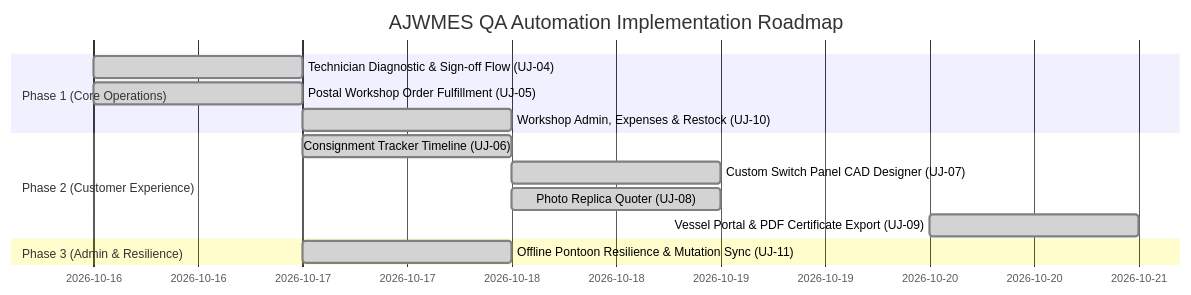
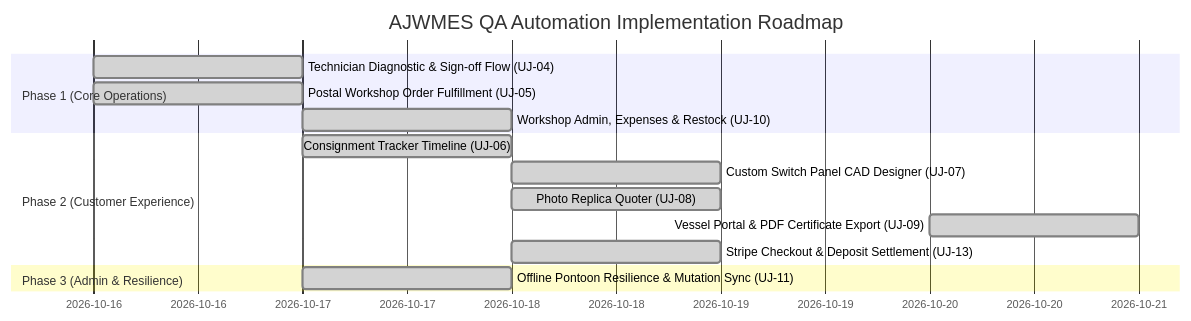
The second of 2 diagrams in docs/E2E_USER_JOURNEYS.md (AnthonyWrather/ajwmes), drawn with Mermaid before and after one commit. The commit also changed other lines of this file and 18 other files, not shown here.

First line of the commit message:
feat(stripe): integrate Stripe payment gateway for hardware checkout and quote deposits

````diff
--- a/docs/E2E_USER_JOURNEYS.md
+++ b/docs/E2E_USER_JOURNEYS.md
@@ -379,16 +411,17 @@
 ```mermaid
 gantt
     title AJWMES QA Automation Implementation Roadmap
     dateFormat  YYYY-MM-DD
     section Phase 1 (Core Operations)
     Technician Diagnostic & Sign-off Flow (UJ-04) :done, 2026-10-16, 1d
     Postal Workshop Order Fulfillment (UJ-05)     :done, 2026-10-16, 1d
     Workshop Admin, Expenses & Restock (UJ-10)    :done, 2026-10-17, 1d
     section Phase 2 (Customer Experience)
     Consignment Tracker Timeline (UJ-06)          :done, 2026-10-17, 1d
     Custom Switch Panel CAD Designer (UJ-07)      :done, 2026-10-18, 1d
     Photo Replica Quoter (UJ-08)                  :done, 2026-10-18, 1d
     Vessel Portal & PDF Certificate Export (UJ-09):done, 2026-10-20, 1d
+    Stripe Checkout & Deposit Settlement (UJ-13)  :done, 2026-10-18, 1d
     section Phase 3 (Admin & Resilience)
     Offline Pontoon Resilience & Mutation Sync (UJ-11):done, 2026-10-17, 1d
 ```
````
